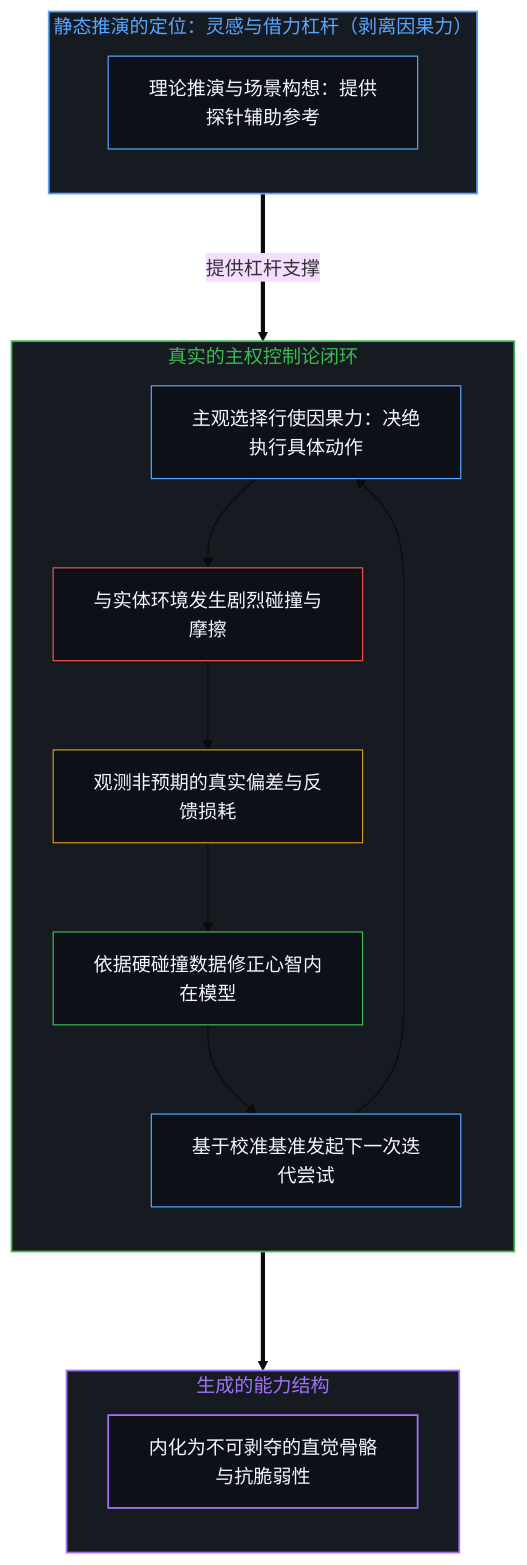
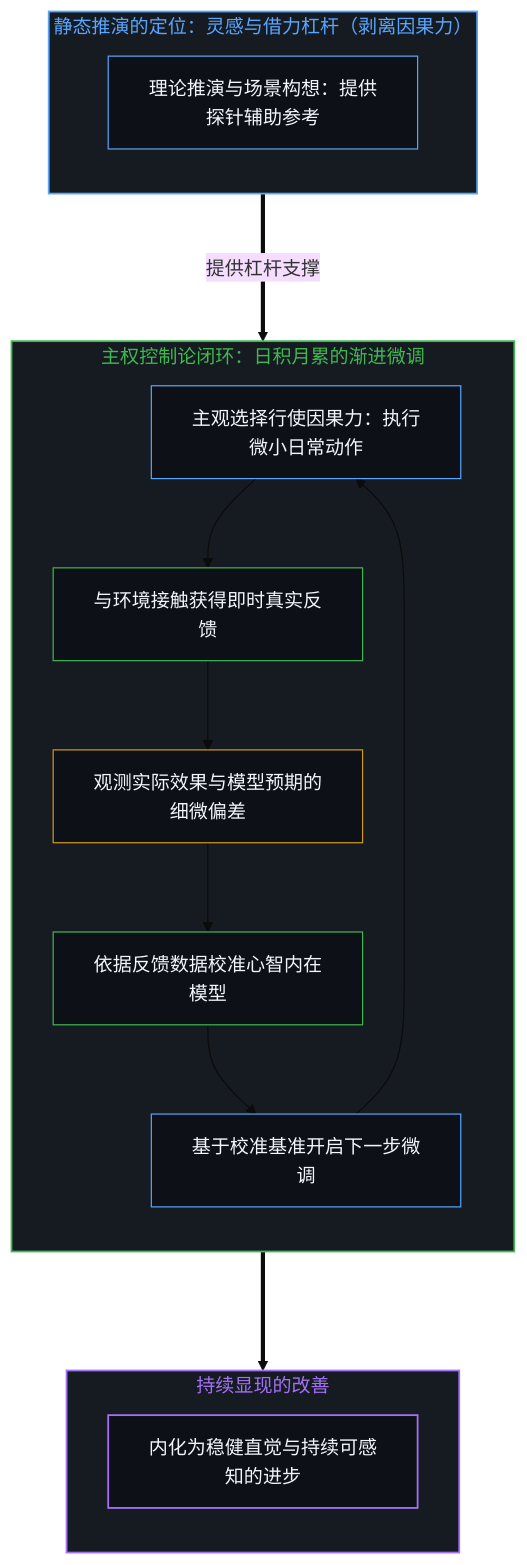
The seventh of 10 diagrams in content/posts/choice-itself-has-no-inherent-weight.md (powerpig99/not-a-toe), drawn with Mermaid (base theme) before and after one commit. The commit also changed other lines of this file and 4 other files, not shown here.

````diff
--- a/content/posts/choice-itself-has-no-inherent-weight.md
+++ b/content/posts/choice-itself-has-no-inherent-weight.md
@@ -219,35 +237,35 @@
 ```mermaid
 graph TD
     subgraph S_Input ["静态推演的定位：灵感与借力杠杆（剥离因果力）"]
         direction TB
         I_Model["理论推演与场景构想：提供探针辅助参考"]
     end
 
-    subgraph S_Loop ["真实的主权控制论闭环"]
+    subgraph S_Loop ["主权控制论闭环：日积月累的渐进微调"]
         direction TB
-        L_Try["主观选择行使因果力：决绝执行具体动作"] --> L_Friction["与实体环境发生剧烈碰撞与摩擦"]
-        L_Friction --> L_Observe["观测非预期的真实偏差与反馈损耗"]
-        L_Observe --> L_Adjust["依据硬碰撞数据修正心智内在模型"]
-        L_Adjust --> L_Next["基于校准基准发起下一次迭代尝试"]
+        L_Try["主观选择行使因果力：执行微小日常动作"] --> L_Feedback["与环境接触获得即时真实反馈"]
+        L_Feedback --> L_Observe["观测实际效果与模型预期的细微偏差"]
+        L_Observe --> L_Adjust["依据反馈数据校准心智内在模型"]
+        L_Adjust --> L_Next["基于校准基准开启下一步微调"]
         L_Next --> L_Try
     end
 
-    subgraph S_Output ["生成的能力结构"]
+    subgraph S_Output ["持续显现的改善"]
         direction TB
-        O_Bone["内化为不可剥夺的直觉骨骼与抗脆弱性"]
+        O_Bone["内化为稳健直觉与持续可感知的进步"]
     end
 
     I_Model ===>|提供杠杆支撑| L_Try
     L_Adjust ===> O_Bone
 
     style S_Input fill:#161b22,stroke:#58a6ff,stroke-width:1.5px,color:#58a6ff
     style S_Loop fill:#161b22,stroke:#3fb950,stroke-width:1.5px,color:#3fb950
     style S_Output fill:#161b22,stroke:#a371f7,stroke-width:1.5px,color:#a371f7
     style I_Model fill:#0d1117,stroke:#58a6ff,stroke-width:1px,color:#f0f6fc
     style L_Try fill:#0d1117,stroke:#58a6ff,stroke-width:1px,color:#f0f6fc
-    style L_Friction fill:#0d1117,stroke:#f85149,stroke-width:1px,color:#f0f6fc
+    style L_Feedback fill:#0d1117,stroke:#3fb950,stroke-width:1px,color:#f0f6fc
     style L_Observe fill:#0d1117,stroke:#d29922,stroke-width:1px,color:#f0f6fc
     style L_Adjust fill:#0d1117,stroke:#3fb950,stroke-width:1px,color:#f0f6fc
     style L_Next fill:#0d1117,stroke:#58a6ff,stroke-width:1px,color:#f0f6fc
     style O_Bone fill:#0d1117,stroke:#a371f7,stroke-width:1.5px,color:#f0f6fc
 ```
````
